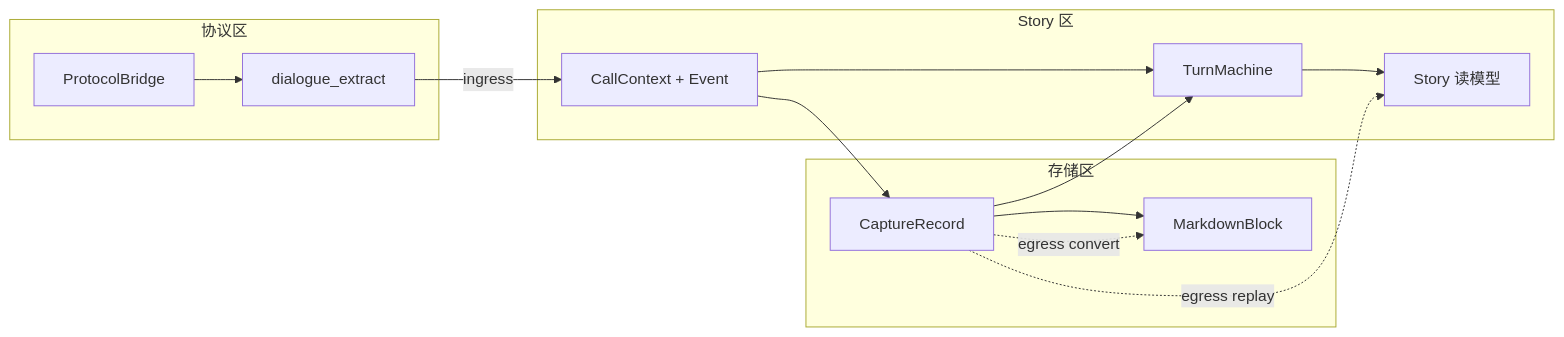
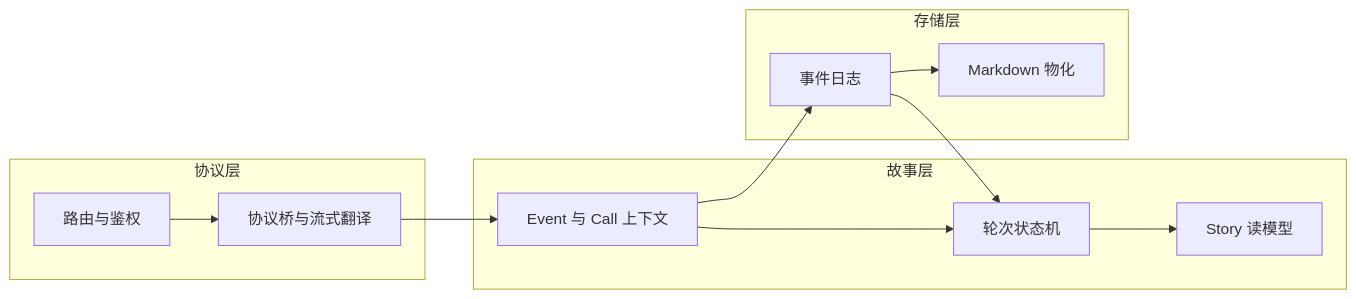
One commit to DeepLink-org/Persisting changed the first of 2 diagrams in docs/src/design/capture_design.zh.md. Above: the diagram before and after it, drawn with Mermaid. The commit also changed other lines of this file and 27 other files, not shown here.

First line of the commit message:
Enhance persisting-capture crate with new egress functionality and path layout resolution

````diff
--- a/docs/src/design/capture_design.zh.md
+++ b/docs/src/design/capture_design.zh.md
@@ -176,26 +169,24 @@
 ```mermaid
 flowchart LR
-    subgraph P["协议区"]
-        P1["ProtocolBridge"]
-        P2["dialogue_extract"]
+    subgraph Protocol["协议层"]
+        P1["路由与鉴权"]
+        P2["协议桥与流式翻译"]
     end
-    subgraph S["Story 区"]
-        S1["CallContext + Event"]
-        S2["TurnMachine"]
+    subgraph Story["故事层"]
+        S1["Event 与 Call 上下文"]
+        S2["轮次状态机"]
         S3["Story 读模型"]
     end
-    subgraph ST["存储区"]
-        ST1["CaptureRecord"]
-        ST2["MarkdownBlock"]
+    subgraph Storage["存储层"]
+        ST1["事件日志"]
+        ST2["Markdown 物化"]
     end
 
     P1 --> P2
-    P2 -->|"ingress"| S1
+    P2 --> S1
     S1 --> S2
     S1 --> ST1
     ST1 --> S2
     S2 --> S3
     ST1 --> ST2
-    ST1 -.->|"egress replay"| S3
-    ST1 -.->|"egress convert"| ST2
 ```
````
